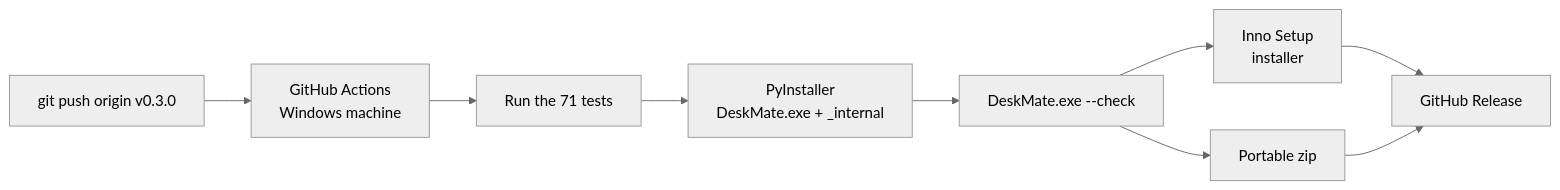
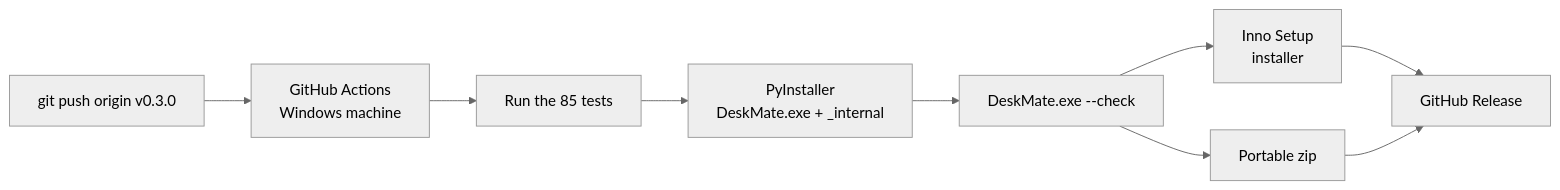
Before and after one commit to MuizKmz/deskmate: the second of 2 diagrams in TUTORIAL.md, drawn with Mermaid (neutral theme). The commit also changed other lines of this file and 15 other files, not shown here.

````diff
--- a/TUTORIAL.md
+++ b/TUTORIAL.md
@@ -360,11 +372,11 @@
 ```mermaid
 flowchart LR
     T["git push origin v0.3.0"] --> GA[GitHub Actions<br/>Windows machine]
-    GA --> TS[Run the 71 tests]
+    GA --> TS[Run the 85 tests]
     TS --> PI["PyInstaller<br/>DeskMate.exe + _internal"]
     PI --> CK["DeskMate.exe --check"]
     CK --> IS[Inno Setup<br/>installer]
     CK --> ZIP[Portable zip]
     IS --> R[GitHub Release]
     ZIP --> R
 ```
````
